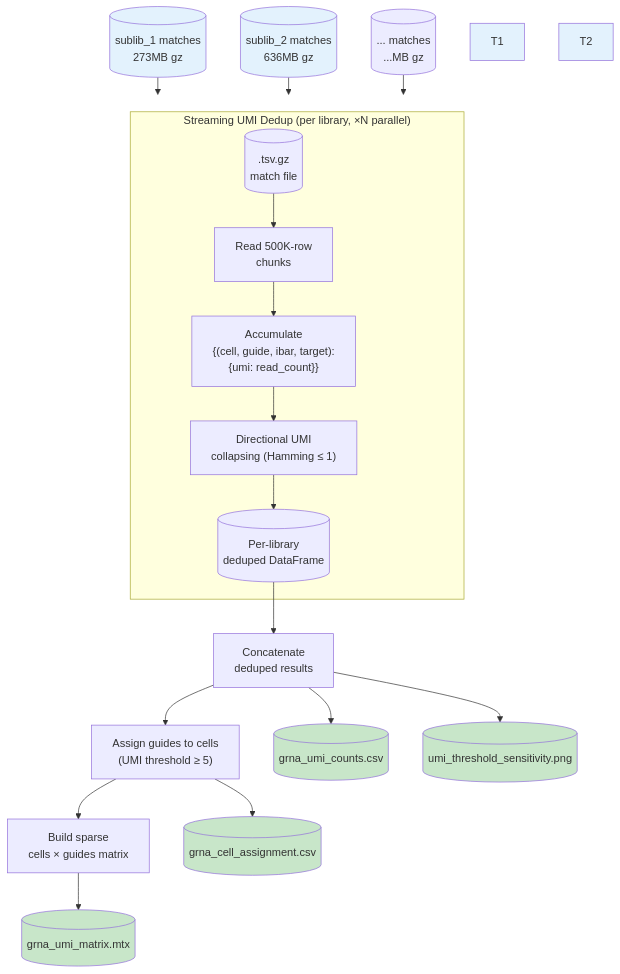
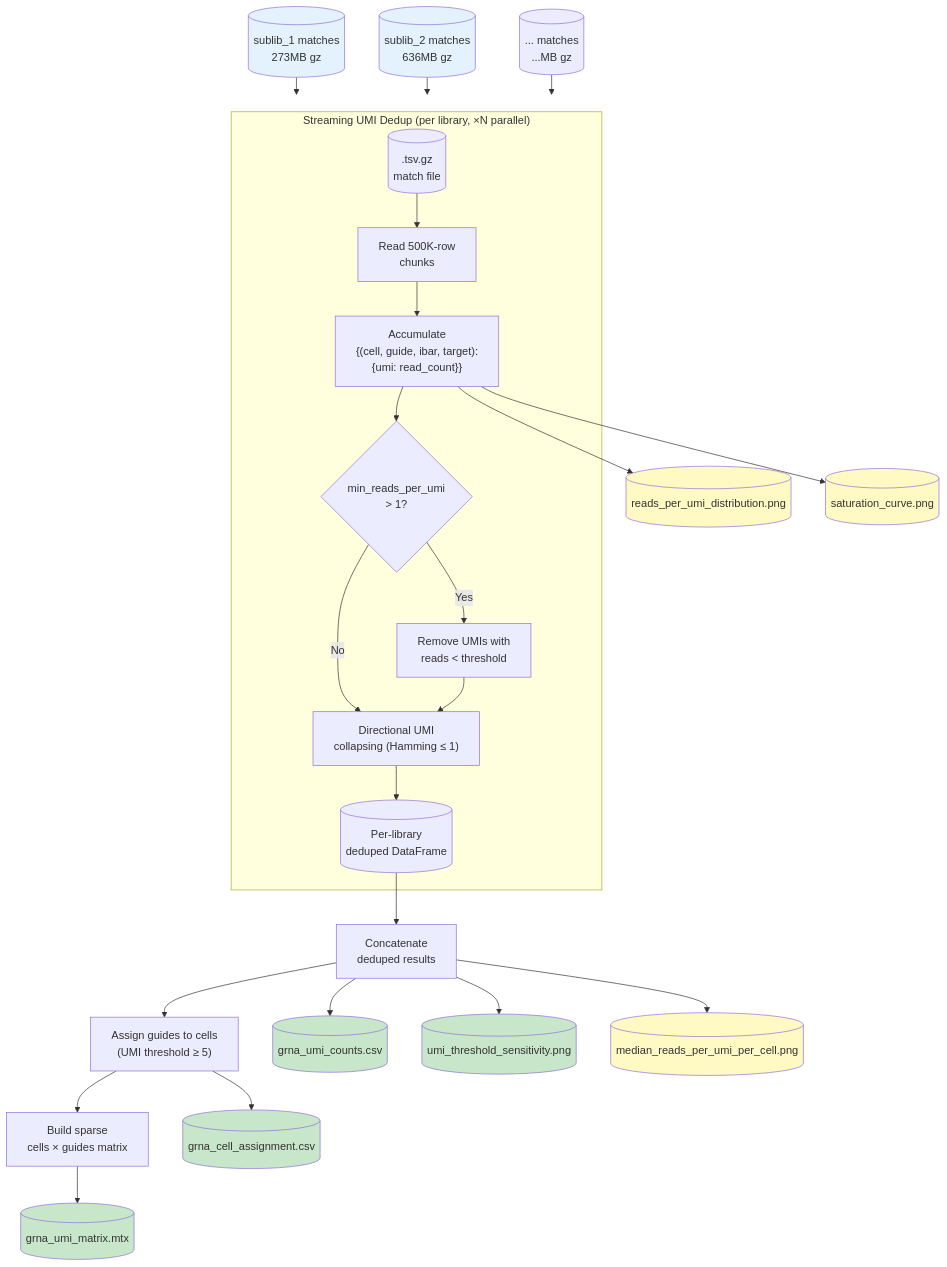
One commit to jhjiang2020/CSM_ccperturbseq changed the eighth of 10 diagrams in pipeline_overview.md. Above: the diagram before and after it, drawn with Mermaid. The commit also changed other lines of this file and 5 other files, not shown here.

````diff
--- a/pipeline_overview.md
+++ b/pipeline_overview.md
@@ -468,31 +471,38 @@
 ```mermaid
 flowchart TD
     subgraph Stream["Streaming UMI Dedup (per library, ×N parallel)"]
         MATCH[(".tsv.gz<br>match file")] --> CHUNKS["Read 500K-row<br>chunks"]
         CHUNKS --> ACCUM["Accumulate<br>{(cell, guide, ibar, target):<br>{umi: read_count}}"]
-        ACCUM --> COLLAPSE["Directional UMI<br>collapsing (Hamming ≤ 1)"]
+        ACCUM --> FILTER{"min_reads_per_umi<br>> 1?"}
+        FILTER -->|Yes| PRUNE["Remove UMIs with<br>reads < threshold"]
+        FILTER -->|No| COLLAPSE
+        PRUNE --> COLLAPSE["Directional UMI<br>collapsing (Hamming ≤ 1)"]
         COLLAPSE --> DEDUP[("Per-library<br>deduped DataFrame")]
     end
 
     C1[("sublib_1 matches<br>273MB gz")] --> Stream
     C2[("sublib_2 matches<br>636MB gz")] --> Stream
     TN[("... matches<br>...MB gz")] --> Stream
 
     DEDUP --> CONCAT["Concatenate<br>deduped results"]
     CONCAT --> ASSIGN["Assign guides to cells<br>(UMI threshold ≥ 5)"]
     ASSIGN --> MATRIX["Build sparse<br>cells × guides matrix"]
 
     ASSIGN --> OUT1[("grna_cell_assignment.csv")]
     CONCAT --> OUT2[("grna_umi_counts.csv")]
     MATRIX --> OUT3[("grna_umi_matrix.mtx")]
     CONCAT --> OUT4[("umi_threshold_sensitivity.png")]
+    ACCUM --> OUT5[("reads_per_umi_distribution.png")]
+    ACCUM --> OUT6[("saturation_curve.png")]
+    CONCAT --> OUT7[("median_reads_per_umi_per_cell.png")]
 
     style C1 fill:#e3f2fd
     style C2 fill:#e3f2fd
-    style T1 fill:#e3f2fd
-    style T2 fill:#e3f2fd
     style OUT1 fill:#c8e6c9
     style OUT2 fill:#c8e6c9
     style OUT3 fill:#c8e6c9
     style OUT4 fill:#c8e6c9
+    style OUT5 fill:#fff9c4
+    style OUT6 fill:#fff9c4
+    style OUT7 fill:#fff9c4
 ```
````
